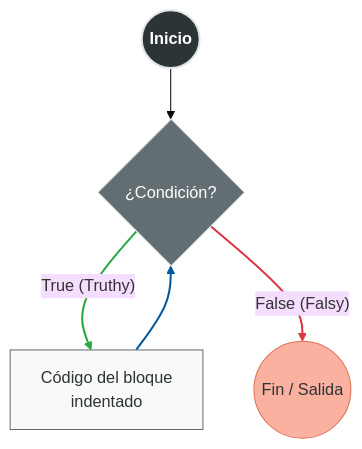
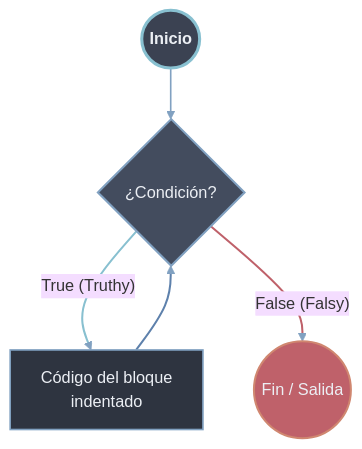
The second of 4 diagrams in 100 Programación Orientada a Procesos/20 Estructuras de Control/02 Bucles.md (Pineapple-Mikael-Engineer/Python_Obsidian), drawn with Mermaid (base theme) before and after one commit. The commit also changed other lines of this file and 9 other files, not shown here.

Commit message:
fix: Arreglar Graficos Mermaid a Estandar

````diff
--- a/100 Programación Orientada a Procesos/20 Estructuras de Control/02 Bucles.md
+++ b/100 Programación Orientada a Procesos/20 Estructuras de Control/02 Bucles.md
@@ -214,19 +217,21 @@
 ```mermaid
 flowchart TD
-    classDef principal fill:#2d3436,stroke:#dfe6e9,stroke-width:2px,color:#fff,font-weight:bold;
-    classDef categoria fill:#636e72,stroke:#dfe6e9,stroke-width:1px,color:#fff;
-    classDef tipo fill:#f9f9f9,stroke:#636e72,stroke-width:1px,color:#2d3436;
-    classDef especial fill:#fab1a0,stroke:#e17055,stroke-width:1px,color:#2d3436;
+    classDef principal fill:#3b4252,stroke:#88c0d0,stroke-width:3px,color:#eceff4,font-weight:bold;
+    classDef categoria fill:#434c5e,stroke:#81a1c1,stroke-width:2px,color:#eceff4;
+    classDef tipo fill:#2e3440,stroke:#81a1c1,stroke-width:1.6px,color:#eceff4;
+    classDef especial fill:#bf616a,stroke:#d08770,stroke-width:2px,color:#eceff4;
 
     Start((Inicio)):::principal --> Eval{¿Condición?}:::categoria
     
     Eval -- "True (Truthy)" --> Body[Código del bloque<br/>indentado]:::tipo
     
     Body --> Eval
     
     Eval -- "False (Falsy)" --> End((Fin / Salida)):::especial
 
-    linkStyle 1 stroke:#28a745,stroke-width:2px;
-    linkStyle 2 stroke:#01579b,stroke-width:2px;
-    linkStyle 3 stroke:#dc3545,stroke-width:2px;
+    linkStyle default stroke:#81a1c1,stroke-width:1.6px
+    linkStyle 1 stroke:#88c0d0,stroke-width:2px
+    linkStyle 2 stroke:#5e81ac,stroke-width:2px
+    linkStyle 3 stroke:#bf616a,stroke-width:2px
+
 ```
````
